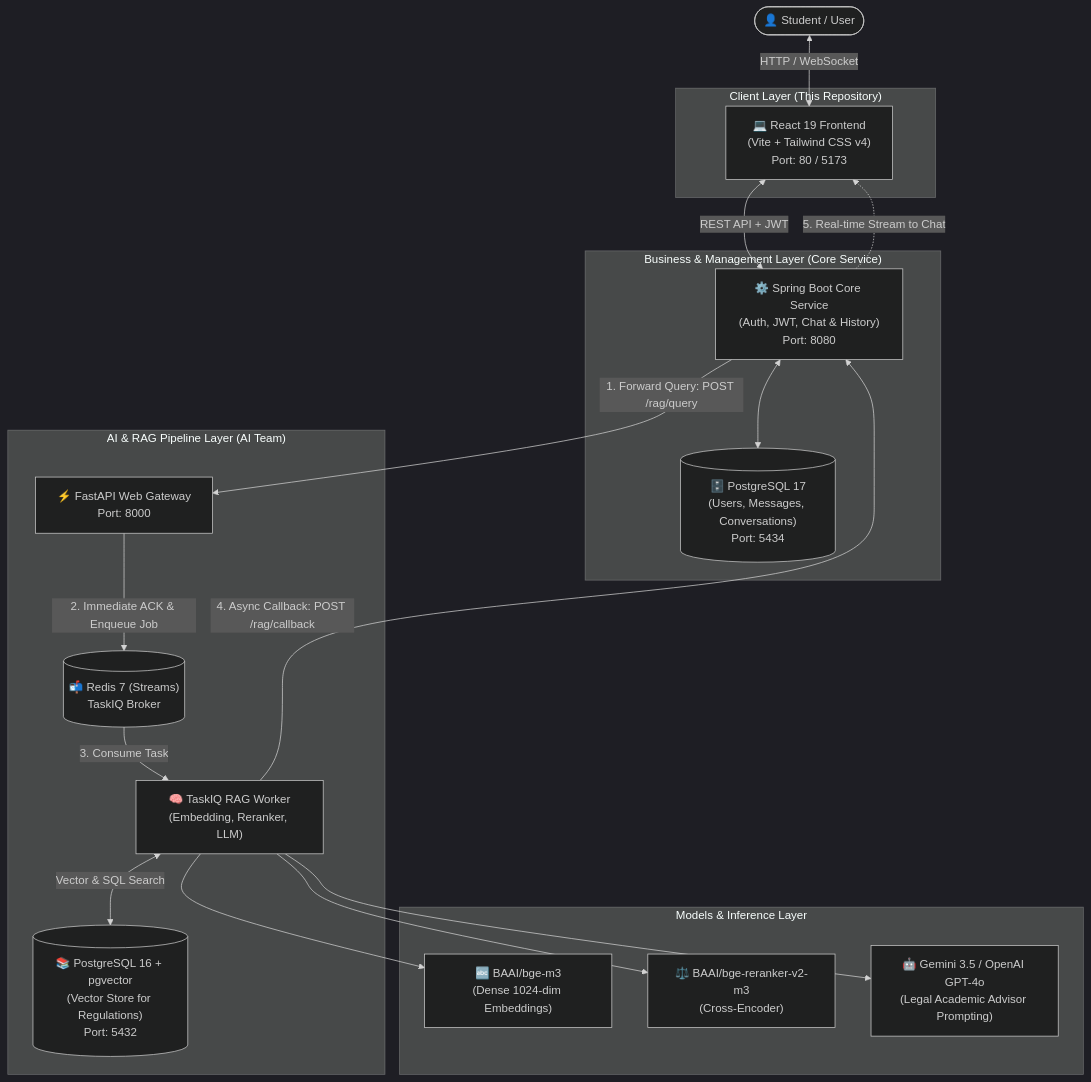
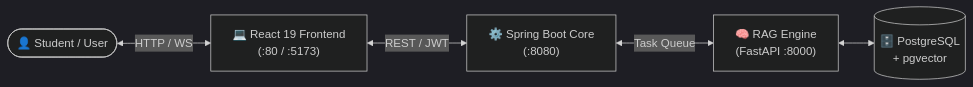
The diagram in README.md (mhmdnyb/RAG-UI), drawn with Mermaid (dark theme) before and after one commit. The commit also changed other lines of this file and 1 other file, not shown here.

````diff
--- a/README.md
+++ b/README.md
@@ -45,39 +19,7 @@
 ```mermaid
-flowchart TD
-    User([👤 Student / User])
-
-    subgraph ClientLayer ["Client Layer (This Repository)"]
-        UI["💻 React 19 Frontend\n(Vite + Tailwind CSS v4)\nPort: 80 / 5173"]
-    end
-
-    subgraph CoreLayer ["Business & Management Layer (Core Service)"]
-        Core["⚙️ Spring Boot Core Service\n(Auth, JWT, Chat & History)\nPort: 8080"]
-        CoreDB[("🗄️ PostgreSQL 17\n(Users, Messages, Conversations)\nPort: 5434")]
-    end
-
-    subgraph AILayer ["AI & RAG Pipeline Layer (AI Team)"]
-        API["⚡ FastAPI Web Gateway\nPort: 8000"]
-        Queue[("📬 Redis 7 (Streams)\nTaskIQ Broker")]
-        Worker["🧠 TaskIQ RAG Worker\n(Embedding, Reranker, LLM)"]
-        VectorDB[("📚 PostgreSQL 16 + pgvector\n(Vector Store for Regulations)\nPort: 5432")]
-    end
-
-    subgraph ModelLayer ["Models & Inference Layer"]
-        BGE_M3["🔤 BAAI/bge-m3\n(Dense 1024-dim Embeddings)"]
-        BGE_Rerank["⚖️ BAAI/bge-reranker-v2-m3\n(Cross-Encoder)"]
-        LLM["🤖 Gemini 3.5 / OpenAI GPT-4o\n(Legal Academic Advisor Prompting)"]
-    end
-
-    User <-->|HTTP / WebSocket| UI
-    UI <-->|REST API + JWT| Core
-    Core <--> CoreDB
-    Core -->|1. Forward Query: POST /rag/query| API
-    API -->|2. Immediate ACK & Enqueue Job| Queue
-    Queue -->|3. Consume Task| Worker
-    Worker <-->|Vector & SQL Search| VectorDB
-    Worker --> BGE_M3
-    Worker --> BGE_Rerank
-    Worker --> LLM
-    Worker -->|4. Async Callback: POST /rag/callback| Core
-    Core -.->|5. Real-time Stream to Chat| UI
+graph LR
+    User([👤 Student / User]) <-->|HTTP / WS| UI["💻 React 19 Frontend\n(:80 / :5173)"]
+    UI <-->|REST / JWT| Core["⚙️ Spring Boot Core\n(:8080)"]
+    Core <-->|Task Queue| AI["🧠 RAG Engine\n(FastAPI :8000)"]
+    AI <--> DB[("🗄️ PostgreSQL\n+ pgvector")]
 ```
````
